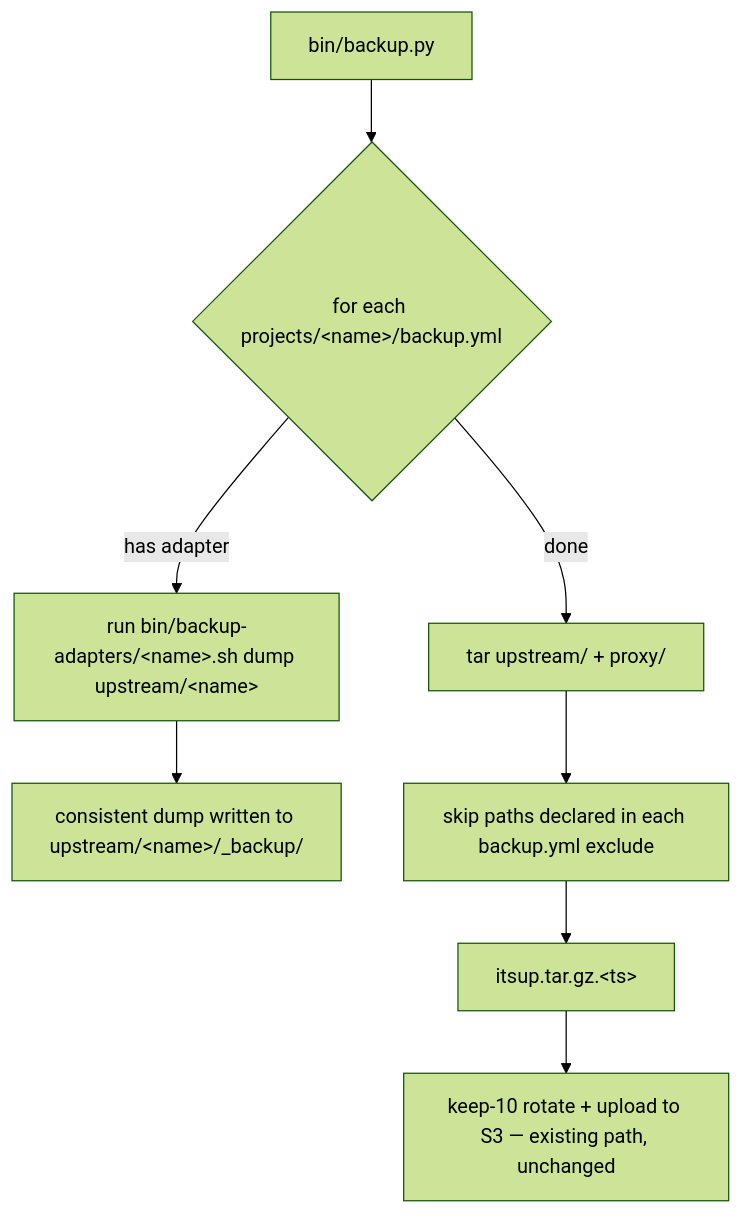
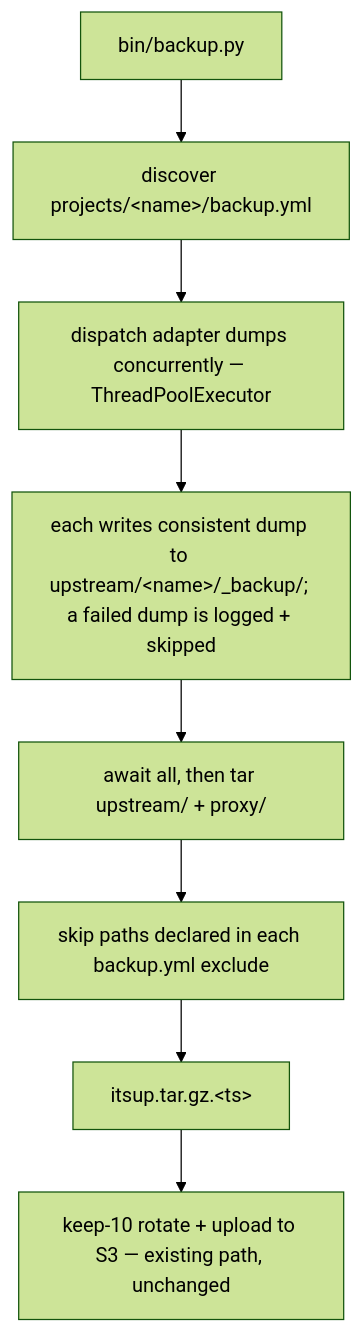
Before and after one commit to Morriz/itsUP: the first of 2 diagrams in docs/project/design/backup-restore.md, drawn with Mermaid (forest theme). The commit also changed other lines of this file and 2 other files, not shown here.

````diff
--- a/docs/project/design/backup-restore.md
+++ b/docs/project/design/backup-restore.md
@@ -89,10 +101,10 @@
 ```mermaid
 flowchart TD
-    A[bin/backup.py] --> B{for each projects/&lt;name&gt;/backup.yml}
-    B -->|has adapter| C[run bin/backup-adapters/&lt;name&gt;.sh dump upstream/&lt;name&gt;]
-    C --> D[consistent dump written to upstream/&lt;name&gt;/_backup/]
-    B -->|done| E[tar upstream/ + proxy/]
+    A[bin/backup.py] --> B[discover projects/&lt;name&gt;/backup.yml]
+    B --> C[dispatch adapter dumps concurrently — ThreadPoolExecutor]
+    C --> D[each writes consistent dump to upstream/&lt;name&gt;/_backup/; a failed dump is logged + skipped]
+    D --> E[await all, then tar upstream/ + proxy/]
     E --> F[skip paths declared in each backup.yml exclude]
     F --> G[itsup.tar.gz.&lt;ts&gt;]
     G --> H[keep-10 rotate + upload to S3 — existing path, unchanged]
 ```
````
